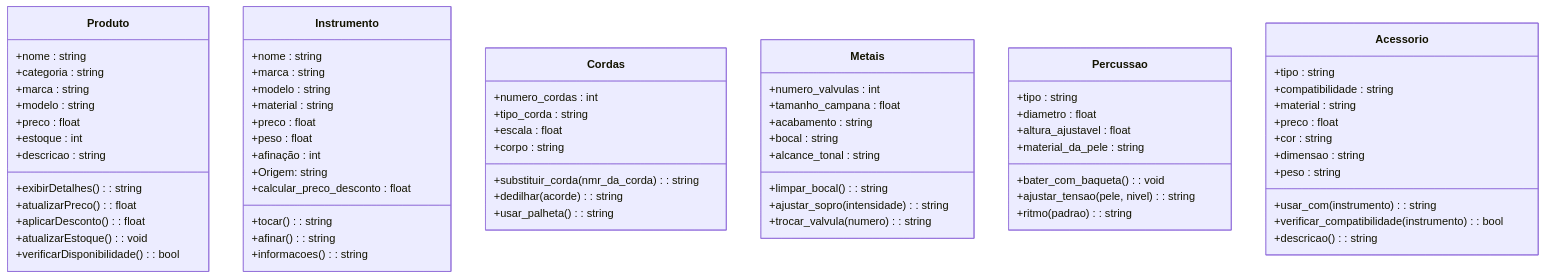
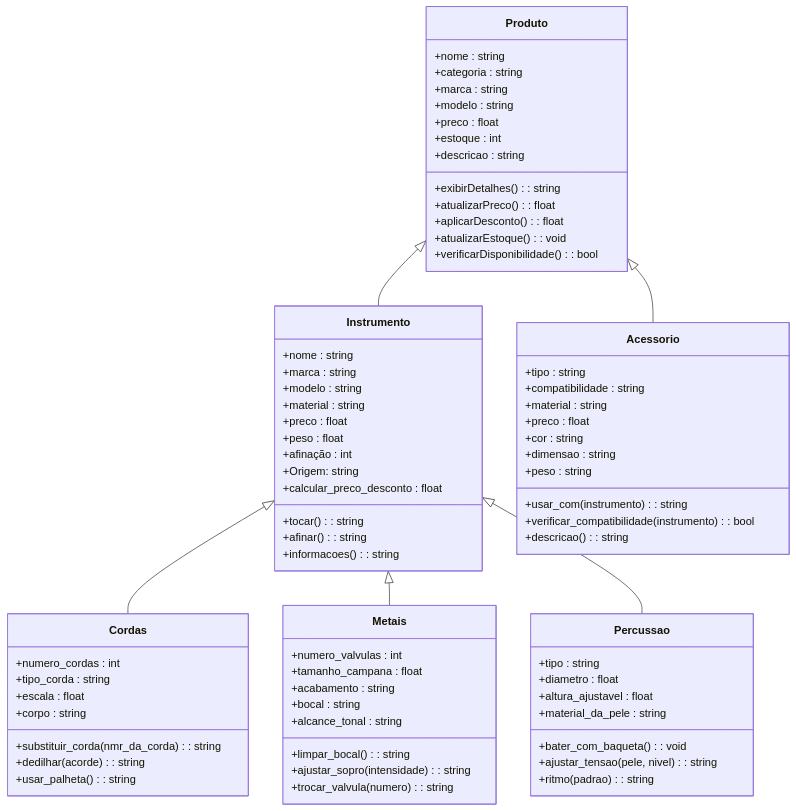
Before and after one commit to JoaoVitorCaetano/PooJavaCeub-Grupo8: the diagram in Instrumento.md, drawn with Mermaid.

Commit message:
Criando o relacionamento entre os diagramas

````diff
--- a/Instrumento.md
+++ b/Instrumento.md
@@ -83,4 +83,11 @@
   }
 
 
+Produto <|-- Instrumento
+Produto <|-- Acessorio
+
+Instrumento <|-- Cordas
+Instrumento <|-- Metais
+Instrumento <|-- Percussao
+
 ```
````
